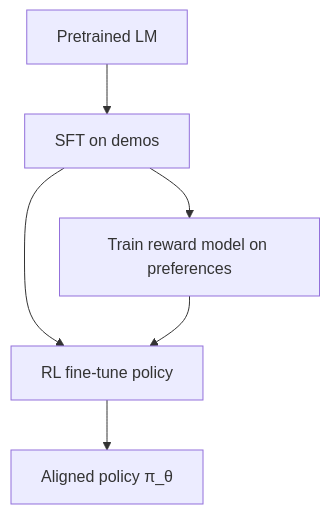
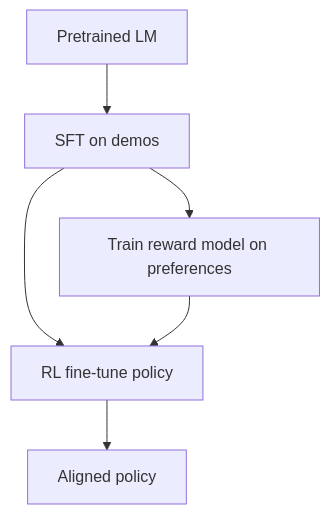
The second of 2 diagrams in docs/ml/rl-generative-models.md (amirhosseindavoody/amirhosseindavoody.github.io), drawn with Mermaid before and after one commit. The commit also changed other lines of this file and 1 other file, not shown here.

First line of the commit message:
Fix LaTeX and Mermaid rendering on RL generative models page

````diff
--- a/docs/ml/rl-generative-models.md
+++ b/docs/ml/rl-generative-models.md
@@ -90,8 +90,8 @@
 ```mermaid
 flowchart TB
-    PT[Pretrained LM] --> SFT[SFT on demos]
-    SFT --> RM[Train reward model on preferences]
-    SFT --> RL[RL fine-tune policy]
+    PT["Pretrained LM"] --> SFT["SFT on demos"]
+    SFT --> RM["Train reward model on preferences"]
+    SFT --> RL["RL fine-tune policy"]
     RM --> RL
-    RL --> Out[Aligned policy π_θ]
+    RL --> Out["Aligned policy"]
 ```
````
